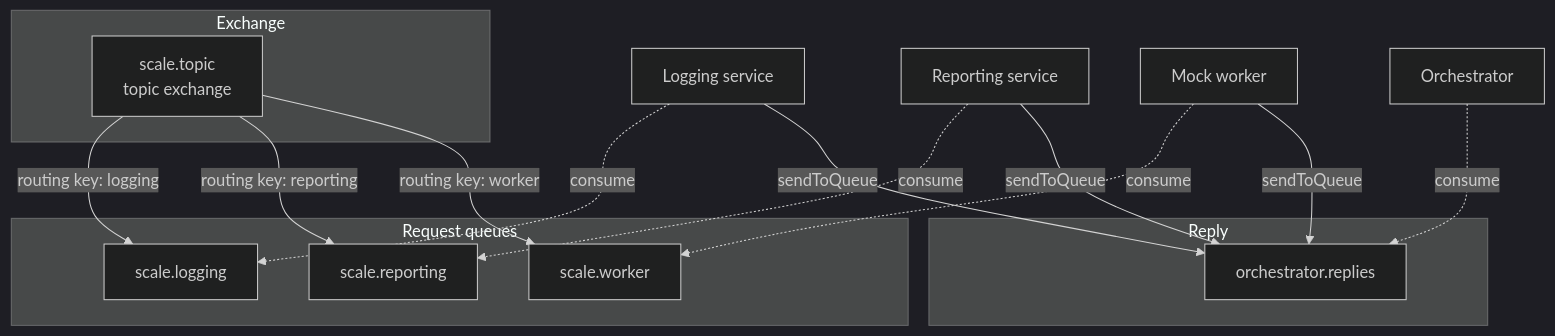
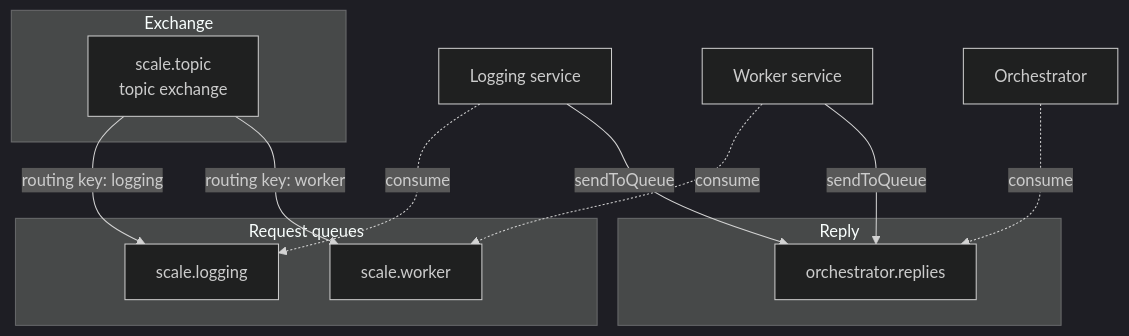
One commit to CosminMihai09/scale-wms-orchestrator changed the third of 3 diagrams in docs/ARCHITECTURE.md. Above: the diagram before and after it, drawn with Mermaid (dark theme). The commit also changed other lines of this file and 27 other files, not shown here.

````diff
--- a/docs/ARCHITECTURE.md
+++ b/docs/ARCHITECTURE.md
@@ -141,29 +152,25 @@
 ```mermaid
 flowchart TB
     subgraph Exchange
         EX[scale.topic<br/>topic exchange]
     end
 
     subgraph "Request queues"
         QL[scale.logging]
-        QR[scale.reporting]
         QW[scale.worker]
     end
 
     subgraph "Reply"
         RQ[orchestrator.replies]
     end
 
     EX -->|"routing key: logging"| QL
-    EX -->|"routing key: reporting"| QR
     EX -->|"routing key: worker"| QW
 
     LOG[Logging service] -.->|consume| QL
-    RPT[Reporting service] -.->|consume| QR
-    WRK[Mock worker] -.->|consume| QW
+    WRK[Worker service] -.->|consume| QW
 
     LOG -->|sendToQueue| RQ
-    RPT -->|sendToQueue| RQ
     WRK -->|sendToQueue| RQ
     Orch[Orchestrator] -.->|consume| RQ
 ```
````
